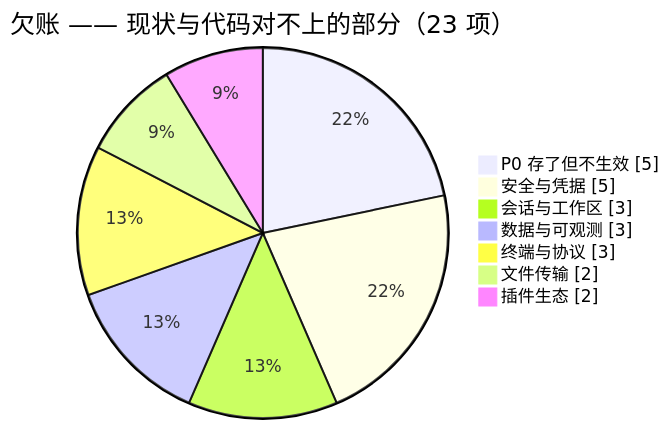
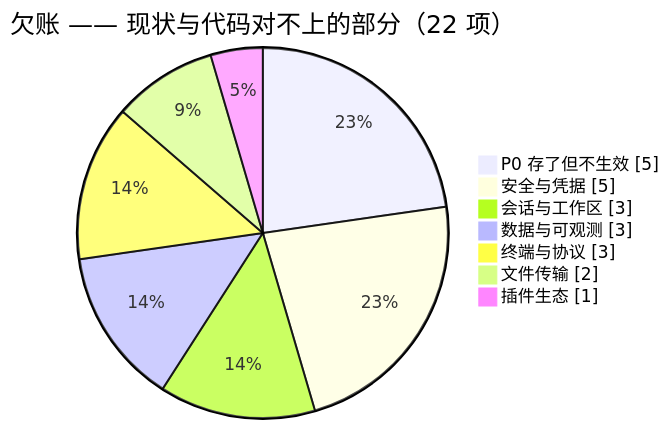
One commit to joesdu/VelaShell changed the first of 2 diagrams in feature-plan.md. Above: the diagram before and after it, drawn with Mermaid. The commit also changed other lines of this file and 18 other files, not shown here.

First line of the commit message:
feat(dock): 插件自己的标签页图标 —— 一个 PluginIcon 入口,AI 面板先用上

````diff
--- a/feature-plan.md
+++ b/feature-plan.md
@@ -39,11 +39,11 @@
 ```mermaid
 pie showData
-    title 欠账 —— 现状与代码对不上的部分（23 项）
+    title 欠账 —— 现状与代码对不上的部分（22 项）
     "P0 存了但不生效" : 5
     "安全与凭据" : 5
     "会话与工作区" : 3
     "数据与可观测" : 3
     "终端与协议" : 3
     "文件传输" : 2
-    "插件生态" : 2
+    "插件生态" : 1
 ```
````
